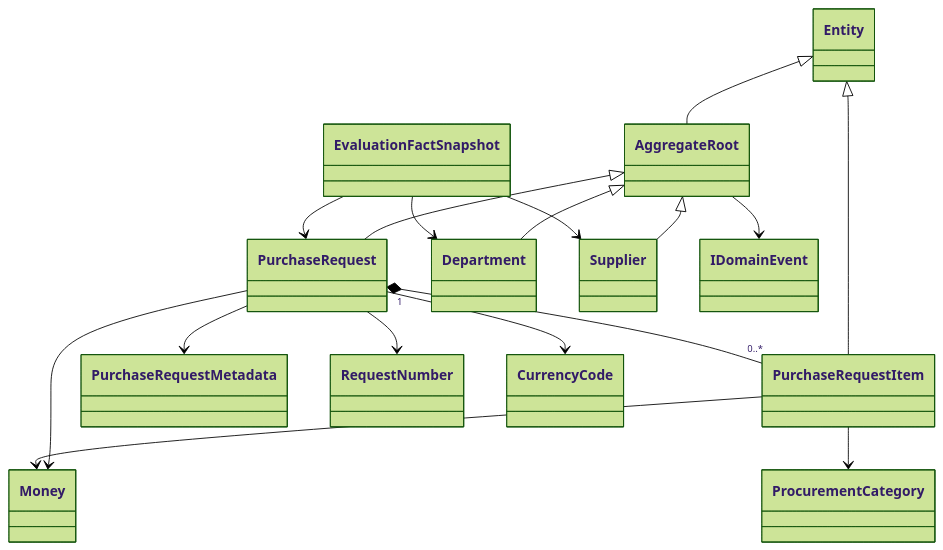
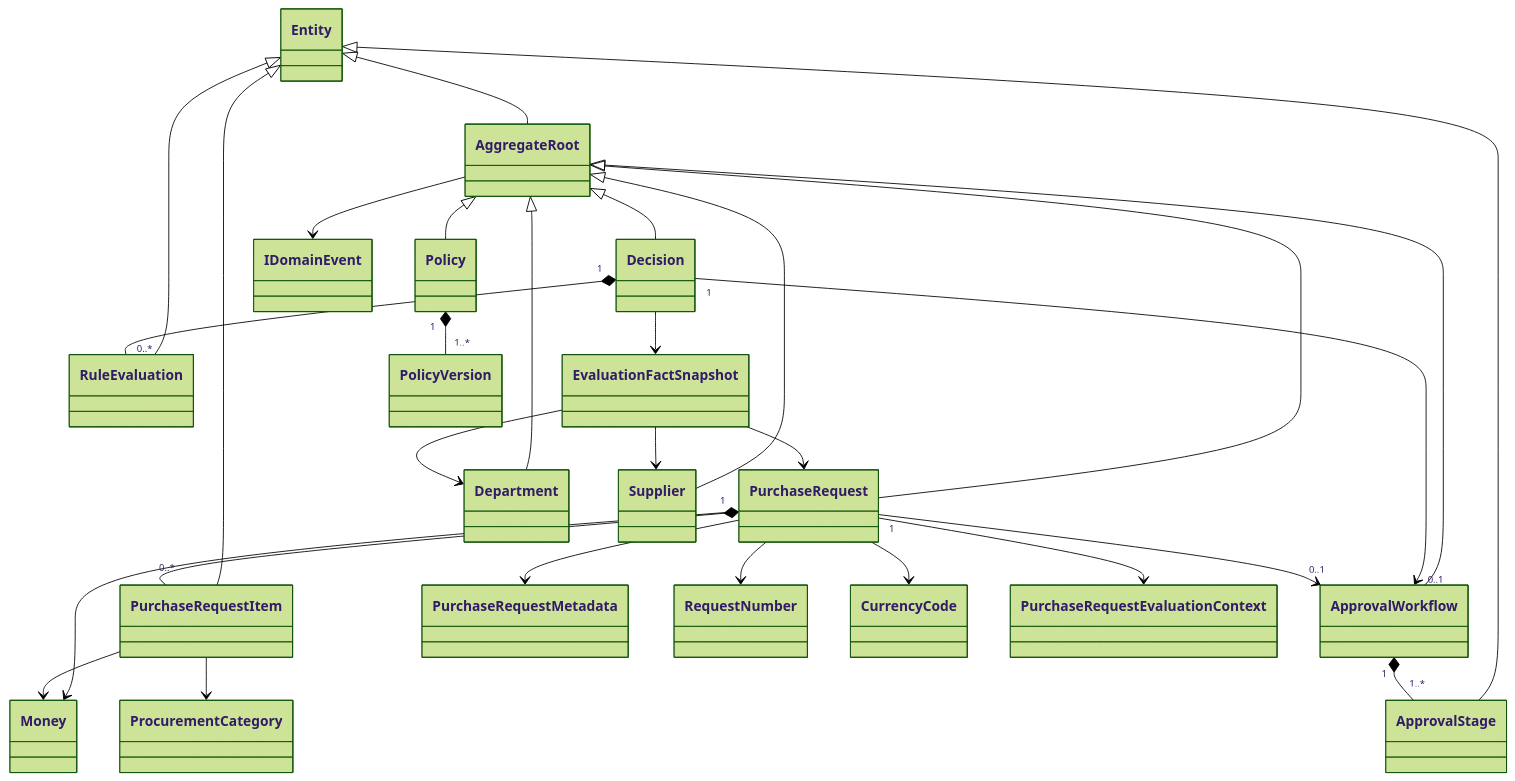
Before and after one commit to keerthi259/DecisionForge: the first of 2 diagrams in docs/architecture/domain-model.md, drawn with Mermaid (forest theme). The commit also changed other lines of this file and 259 other files, not shown here.

````diff
--- a/docs/architecture/domain-model.md
+++ b/docs/architecture/domain-model.md
@@ -13,19 +19,31 @@
 ```mermaid
 classDiagram
   AggregateRoot <|-- PurchaseRequest
   AggregateRoot <|-- Department
   AggregateRoot <|-- Supplier
+  AggregateRoot <|-- Policy
+  AggregateRoot <|-- Decision
+  AggregateRoot <|-- ApprovalWorkflow
   Entity <|-- AggregateRoot
   Entity <|-- PurchaseRequestItem
+  Entity <|-- RuleEvaluation
+  Entity <|-- ApprovalStage
   PurchaseRequest "1" *-- "0..*" PurchaseRequestItem
   PurchaseRequest --> PurchaseRequestMetadata
   PurchaseRequest --> RequestNumber
   PurchaseRequest --> CurrencyCode
   PurchaseRequest --> Money
   PurchaseRequestItem --> Money
   PurchaseRequestItem --> ProcurementCategory
   EvaluationFactSnapshot --> PurchaseRequest
   EvaluationFactSnapshot --> Department
   EvaluationFactSnapshot --> Supplier
+  Policy "1" *-- "1..*" PolicyVersion
+  Decision "1" *-- "0..*" RuleEvaluation
+  ApprovalWorkflow "1" *-- "1..*" ApprovalStage
+  Decision "1" --> "0..1" ApprovalWorkflow
+  PurchaseRequest "1" --> "0..1" ApprovalWorkflow
+  Decision --> EvaluationFactSnapshot
+  PurchaseRequest --> PurchaseRequestEvaluationContext
   AggregateRoot --> IDomainEvent
 ```
````
